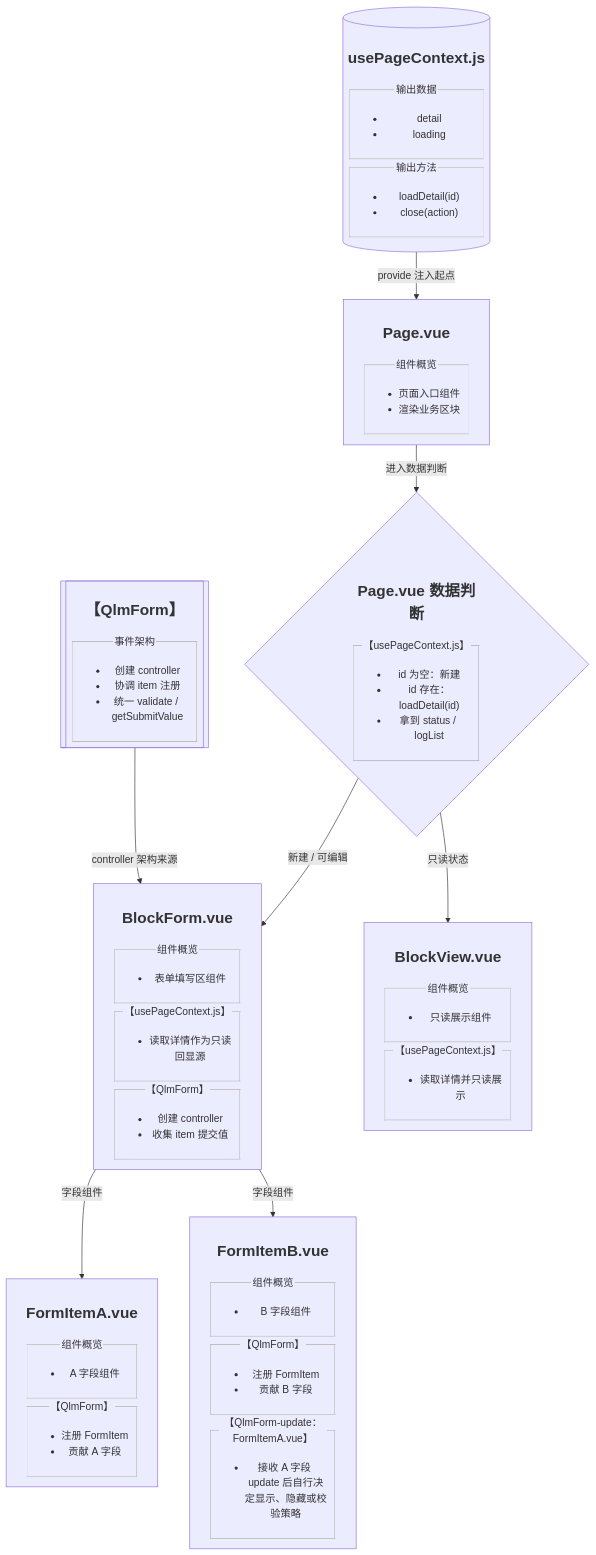
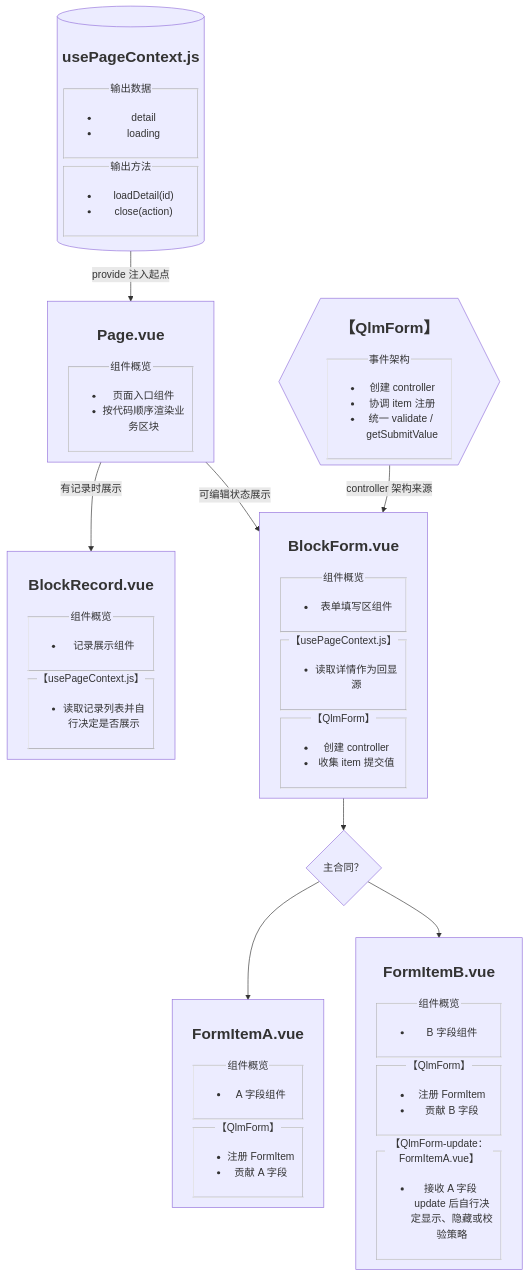
One commit to KarnaughK/AIPD changed the ninth of 9 diagrams in src/core/L5-dev/vue-architecture-diagram-guide.md. Above: the diagram before and after it, drawn with Mermaid. The commit also changed other lines of this file, not shown here.

Commit message:
更新 Vue 架构图指引

````diff
--- a/src/core/L5-dev/vue-architecture-diagram-guide.md
+++ b/src/core/L5-dev/vue-architecture-diagram-guide.md
@@ -343,26 +393,26 @@
 ```mermaid
 flowchart TD
-    PageVue["<h2>Page.vue</h2><fieldset><legend>组件概览</legend><ul><li>页面入口组件</li><li>渲染业务区块</li></ul></fieldset>"]
+    vue_Page["<h2>Page.vue</h2><fieldset><legend>组件概览</legend><ul><li>页面入口组件</li><li>按代码顺序渲染业务区块</li></ul></fieldset>"]
 
-    UsePageContextJs[("<h2>usePageContext.js</h2><fieldset><legend>输出数据</legend><ul><li>detail</li><li>loading</li></ul></fieldset><fieldset><legend>输出方法</legend><ul><li>loadDetail(id)</li><li>close(action)</li></ul></fieldset>")]
+    js_usePageContext[("<h2>usePageContext.js</h2><fieldset><legend>输出数据</legend><ul><li>detail</li><li>loading</li></ul></fieldset><fieldset><legend>输出方法</legend><ul><li>loadDetail(id)</li><li>close(action)</li></ul></fieldset>")]
 
-    PageStateJudge{"<h2>Page.vue 数据判断</h2><fieldset><legend>【usePageContext.js】</legend><ul><li>id 为空：新建</li><li>id 存在：loadDetail(id)</li><li>拿到 status / logList</li></ul></fieldset>"}
+    vue_BlockRecord["<h2>BlockRecord.vue</h2><fieldset><legend>组件概览</legend><ul><li>记录展示组件</li></ul></fieldset><fieldset><legend>【usePageContext.js】</legend><ul><li>读取记录列表并自行决定是否展示</li></ul></fieldset>"]
 
-    Controller[["<h2>【QlmForm】</h2><fieldset><legend>事件架构</legend><ul><li>创建 controller</li><li>协调 item 注册</li><li>统一 validate / getSubmitValue</li></ul></fieldset>"]]
+    controller_QlmForm{{"<h2>【QlmForm】</h2><fieldset><legend>事件架构</legend><ul><li>创建 controller</li><li>协调 item 注册</li><li>统一 validate / getSubmitValue</li></ul></fieldset>"}}
 
-    BlockFormVue["<h2>BlockForm.vue</h2><fieldset><legend>组件概览</legend><ul><li>表单填写区组件</li></ul></fieldset><fieldset><legend>【usePageContext.js】</legend><ul><li>读取详情作为只读回显源</li></ul></fieldset><fieldset><legend>【QlmForm】</legend><ul><li>创建 controller</li><li>收集 item 提交值</li></ul></fieldset>"]
+    vue_BlockForm["<h2>BlockForm.vue</h2><fieldset><legend>组件概览</legend><ul><li>表单填写区组件</li></ul></fieldset><fieldset><legend>【usePageContext.js】</legend><ul><li>读取详情作为回显源</li></ul></fieldset><fieldset><legend>【QlmForm】</legend><ul><li>创建 controller</li><li>收集 item 提交值</li></ul></fieldset>"]
 
-    FormItemA["<h2>FormItemA.vue</h2><fieldset><legend>组件概览</legend><ul><li>A 字段组件</li></ul></fieldset><fieldset><legend>【QlmForm】</legend><ul><li>注册 FormItem</li><li>贡献 A 字段</li></ul></fieldset>"]
+    judge_isMainGroup{"主合同？"}
 
-    FormItemB["<h2>FormItemB.vue</h2><fieldset><legend>组件概览</legend><ul><li>B 字段组件</li></ul></fieldset><fieldset><legend>【QlmForm】</legend><ul><li>注册 FormItem</li><li>贡献 B 字段</li></ul></fieldset><fieldset><legend>【QlmForm-update：FormItemA.vue】</legend><ul><li>接收 A 字段 update 后自行决定显示、隐藏或校验策略</li></ul></fieldset>"]
+    vue_FormItemA["<h2>FormItemA.vue</h2><fieldset><legend>组件概览</legend><ul><li>A 字段组件</li></ul></fieldset><fieldset><legend>【QlmForm】</legend><ul><li>注册 FormItem</li><li>贡献 A 字段</li></ul></fieldset>"]
 
-    BlockViewVue["<h2>BlockView.vue</h2><fieldset><legend>组件概览</legend><ul><li>只读展示组件</li></ul></fieldset><fieldset><legend>【usePageContext.js】</legend><ul><li>读取详情并只读展示</li></ul></fieldset>"]
+    vue_FormItemB["<h2>FormItemB.vue</h2><fieldset><legend>组件概览</legend><ul><li>B 字段组件</li></ul></fieldset><fieldset><legend>【QlmForm】</legend><ul><li>注册 FormItem</li><li>贡献 B 字段</li></ul></fieldset><fieldset><legend>【QlmForm-update：FormItemA.vue】</legend><ul><li>接收 A 字段 update 后自行决定显示、隐藏或校验策略</li></ul></fieldset>"]
 
-    UsePageContextJs -->|provide 注入起点| PageVue
-    PageVue -->|进入数据判断| PageStateJudge
-    PageStateJudge -->|新建 / 可编辑| BlockFormVue
-    PageStateJudge -->|只读状态| BlockViewVue
-    Controller -->|controller 架构来源| BlockFormVue
-    BlockFormVue -->|字段组件| FormItemA
-    BlockFormVue -->|字段组件| FormItemB
+    js_usePageContext -->|provide 注入起点| vue_Page
+    vue_Page -->|有记录时展示| vue_BlockRecord
+    vue_Page -->|可编辑状态展示| vue_BlockForm
+    controller_QlmForm -->|controller 架构来源| vue_BlockForm
+    vue_BlockForm --> judge_isMainGroup
+    judge_isMainGroup --> vue_FormItemA
+    judge_isMainGroup --> vue_FormItemB
 ```
````
